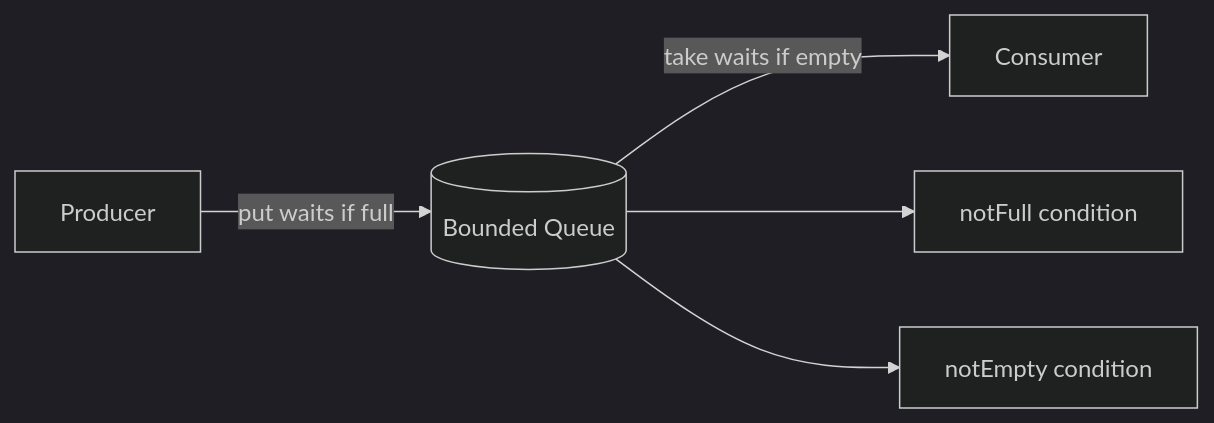
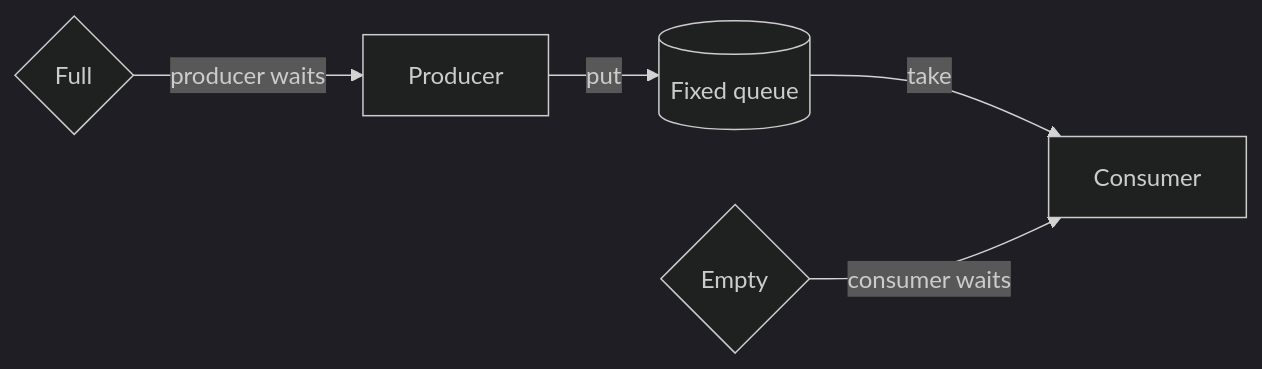
One commit to mthaiseer/springcloud-systemdesign-notes changed the eighth of 29 diagrams in HLD_NOTES/003_TECHNOLOGY_DEEP_DIVE/core-java/java_concurrency_visual_reference.md. Above: the diagram before and after it, drawn with Mermaid (dark theme). The commit also changed other lines of this file, not shown here.

````diff
--- a/HLD_NOTES/003_TECHNOLOGY_DEEP_DIVE/core-java/java_concurrency_visual_reference.md
+++ b/HLD_NOTES/003_TECHNOLOGY_DEEP_DIVE/core-java/java_concurrency_visual_reference.md
@@ -448,7 +445,7 @@
 ```mermaid
 flowchart LR
-    P[Producer] -->|put waits if full| Q[(Bounded Queue)]
-    Q -->|take waits if empty| C[Consumer]
-    Q --> S1[notFull condition]
-    Q --> S2[notEmpty condition]
+    P[Producer] -->|put| Q[(Fixed queue)]
+    Q -->|take| C[Consumer]
+    F{Full} -->|producer waits| P
+    E{Empty} -->|consumer waits| C
 ```
````
